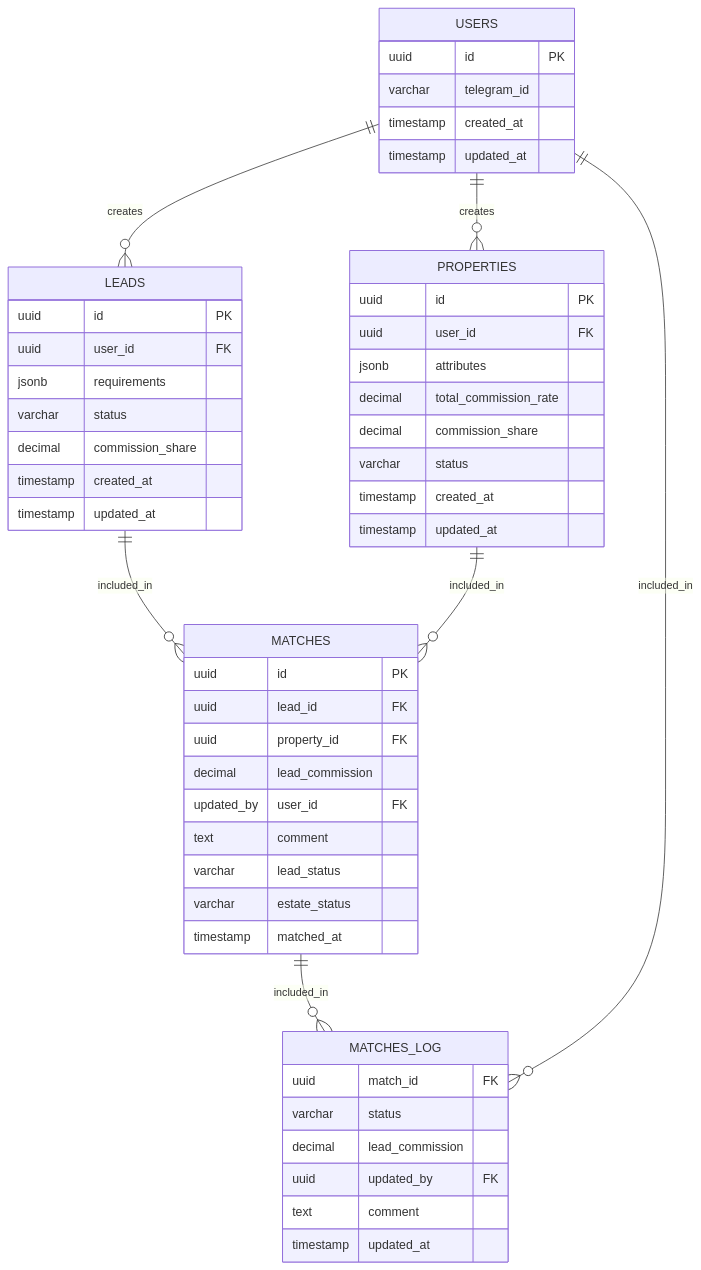
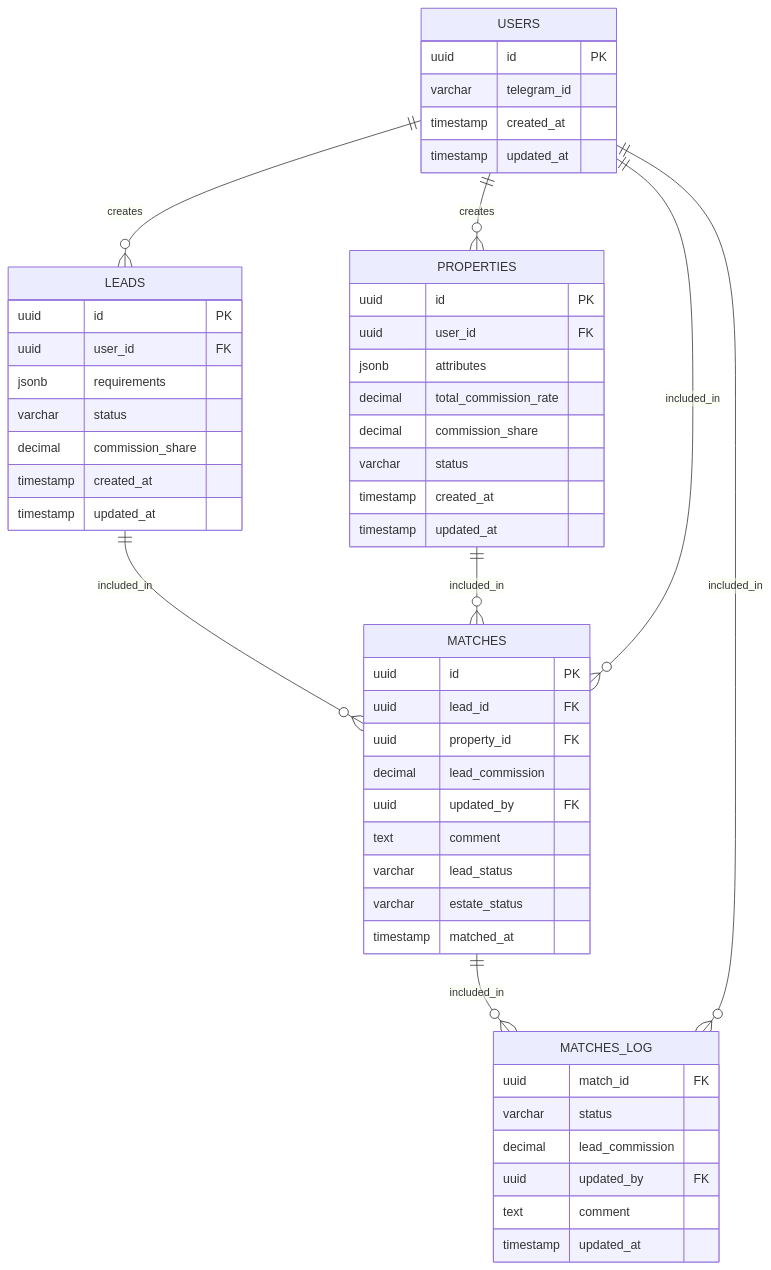
The third of 3 diagrams in design/architecture.md (lead-exchange/docs), drawn with Mermaid before and after one commit.

````diff
--- a/design/architecture.md
+++ b/design/architecture.md
@@ -158,58 +158,59 @@
 ```mermaid
 erDiagram
     USERS ||--o{ LEADS : creates
     USERS ||--o{ PROPERTIES : creates
     LEADS ||--o{ MATCHES : included_in
     PROPERTIES ||--o{ MATCHES : included_in
     MATCHES ||--o{ MATCHES_LOG : included_in
     USERS ||--o{ MATCHES_LOG : included_in
+    USERS ||--o{ MATCHES : included_in
     
     USERS {
         uuid id PK
         varchar telegram_id
         timestamp created_at
         timestamp updated_at
     }
     
     LEADS {
         uuid id PK
         uuid user_id FK
         jsonb requirements
         varchar status
         decimal commission_share
         timestamp created_at
         timestamp updated_at
     }
     
     PROPERTIES {
         uuid id PK
         uuid user_id FK
         jsonb attributes
         decimal total_commission_rate
         decimal commission_share
         varchar status
         timestamp created_at
         timestamp updated_at
     }
     
     MATCHES {
         uuid id PK
         uuid lead_id FK
         uuid property_id FK
         decimal lead_commission
-        updated_by user_id FK
+        uuid updated_by FK
         text comment
         varchar lead_status
         varchar estate_status
         timestamp matched_at
     }
     
     MATCHES_LOG {
     uuid match_id FK
     varchar status
     decimal lead_commission
     uuid updated_by FK
     text comment
     timestamp updated_at
     }
 ```
````
